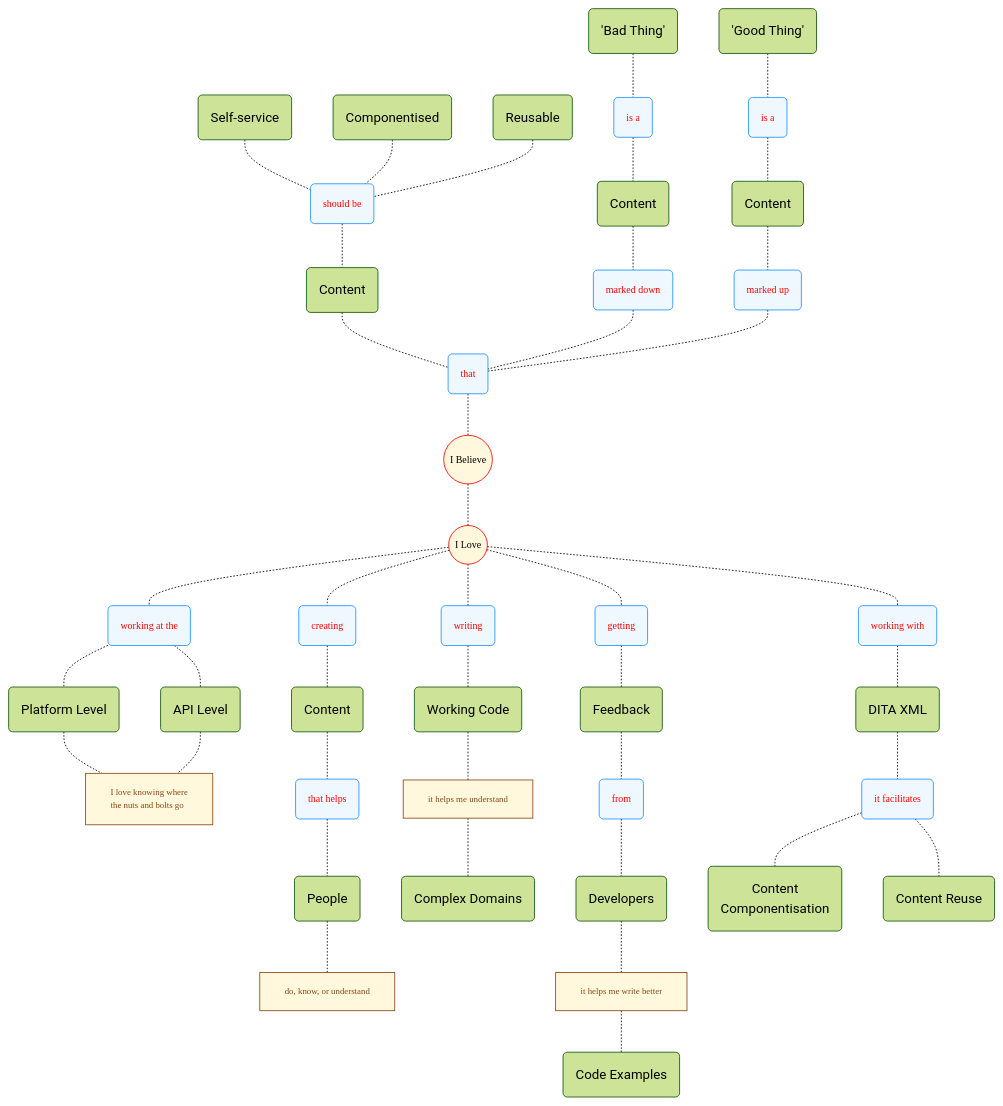
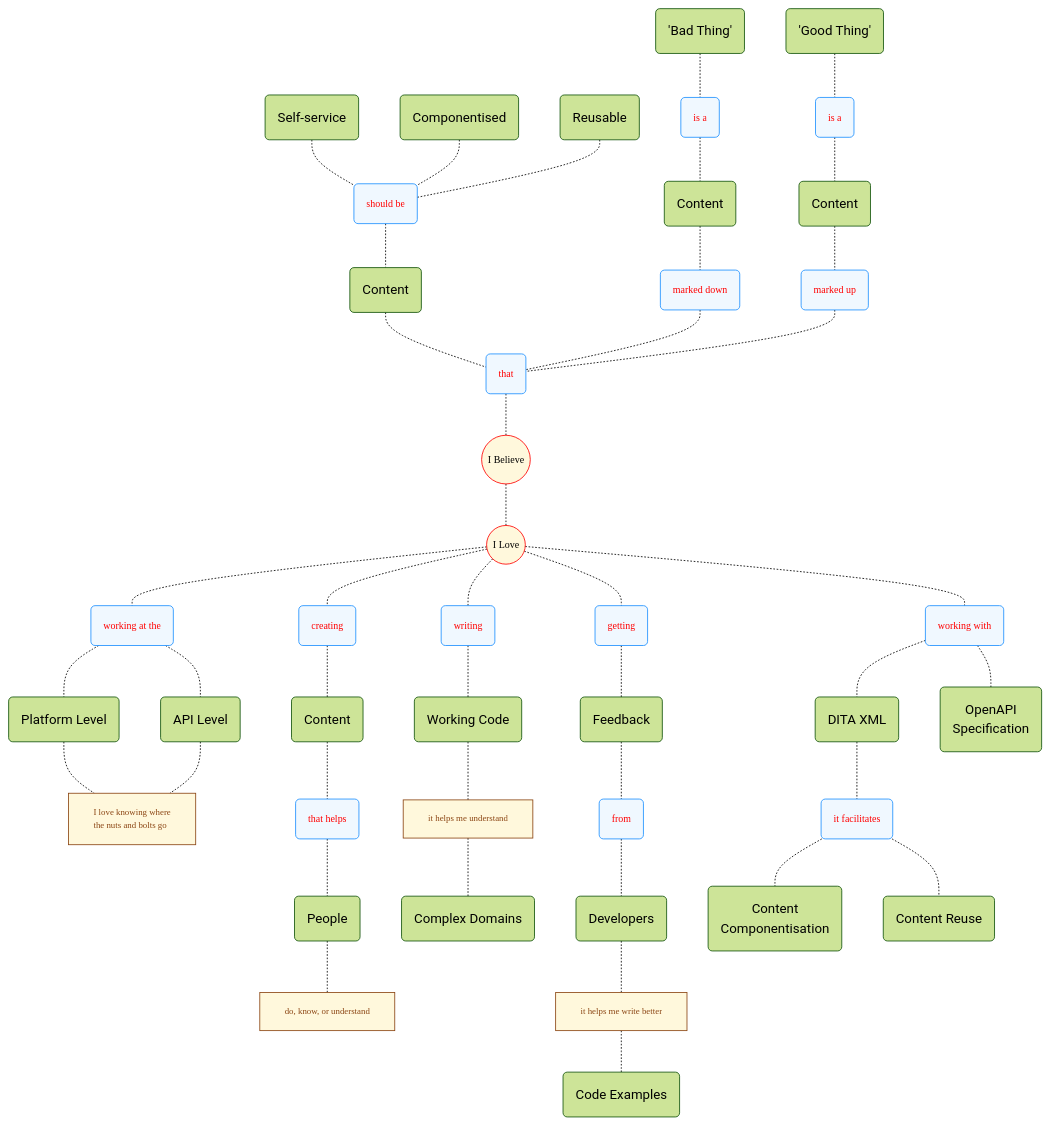
Before and after one commit to joe-dorward/samples: the first of 2 diagrams in my_mindmap_02.md, drawn with Mermaid.

````diff
--- a/my_mindmap_02.md
+++ b/my_mindmap_02.md
@@ -98,4 +98,7 @@
   I_LOVE-.-WORKING_WITH-.-DITA_XML-.-
   IT_FACILITATES-.-CONTENT_COMPONENTISATION
   IT_FACILITATES-.-CONTENT_REUSE
+
+  WORKING_WITH-.-
+  OPEN_API_SPECIFICATION("OpenAPI<br/>Specification")
 ```
````
